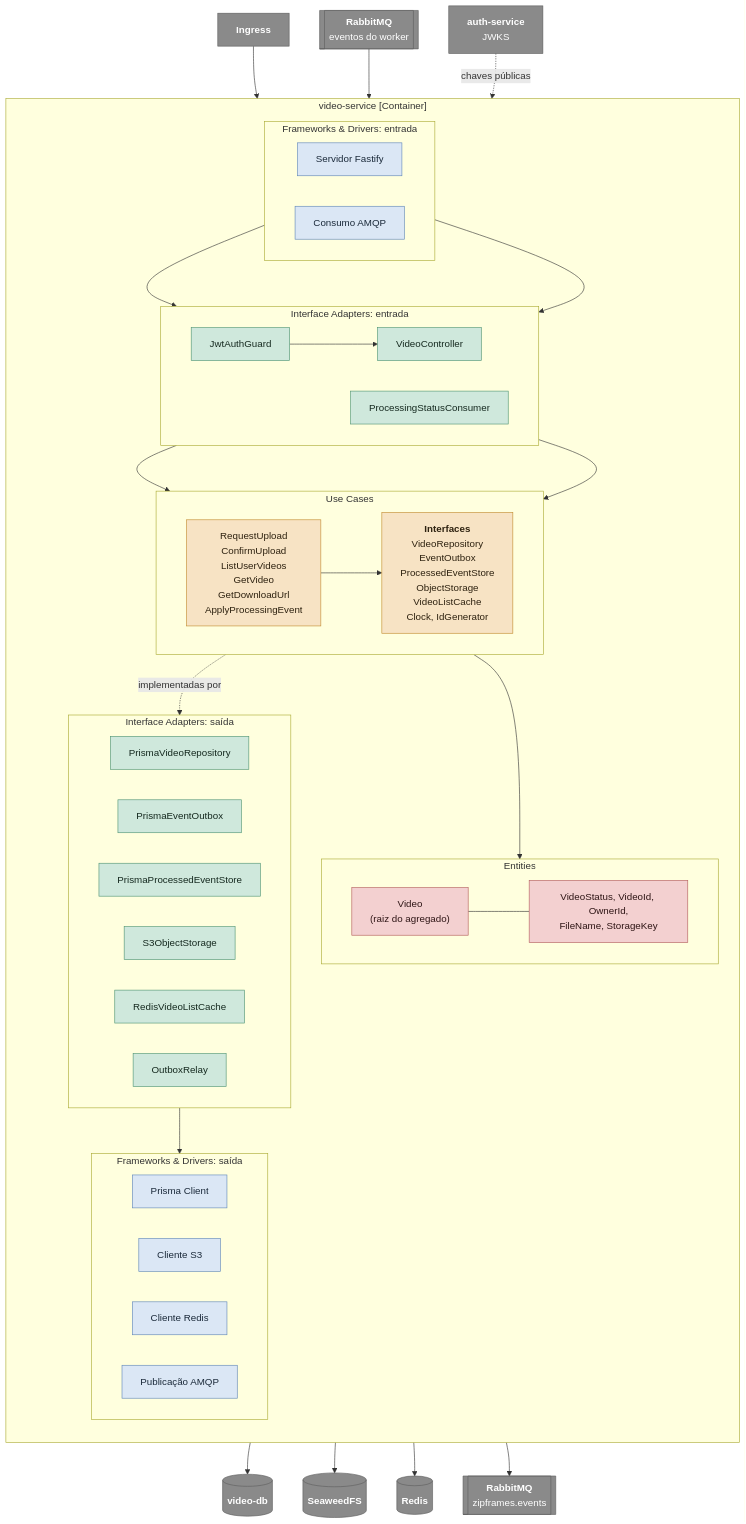
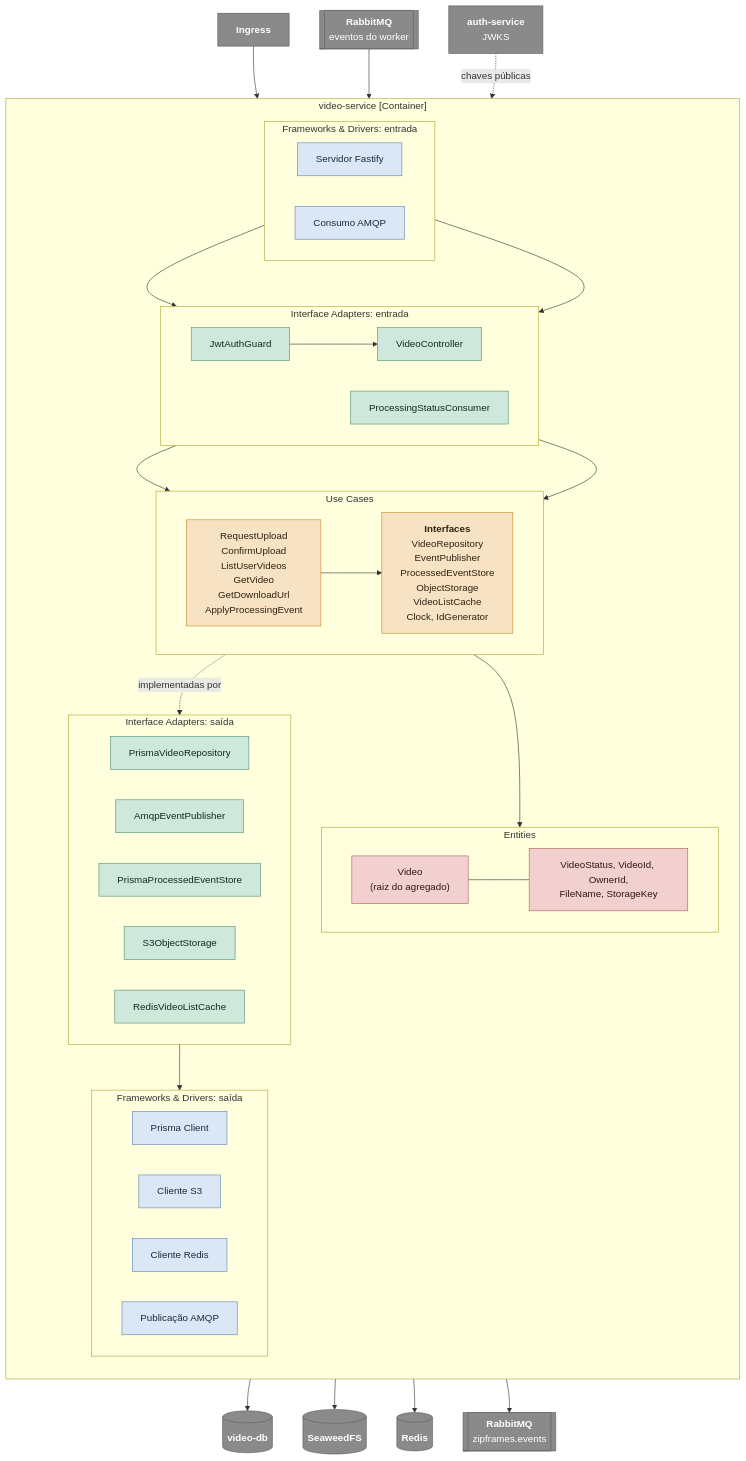
One commit to knzt/zipframes changed the diagram in docs/domain/c4/03-componentes-video-service.md. Above: the diagram before and after it, drawn with Mermaid. The commit also changed other lines of this file and 36 other files, not shown here.

````diff
--- a/docs/domain/c4/03-componentes-video-service.md
+++ b/docs/domain/c4/03-componentes-video-service.md
@@ -27,7 +27,7 @@
     subgraph app["Use Cases"]
       direction LR
       uc["RequestUpload<br/>ConfirmUpload<br/>ListUserVideos<br/>GetVideo<br/>GetDownloadUrl<br/>ApplyProcessingEvent"]
-      interfaces["<b>Interfaces</b><br/>VideoRepository<br/>EventOutbox<br/>ProcessedEventStore<br/>ObjectStorage<br/>VideoListCache<br/>Clock, IdGenerator"]
+      interfaces["<b>Interfaces</b><br/>VideoRepository<br/>EventPublisher<br/>ProcessedEventStore<br/>ObjectStorage<br/>VideoListCache<br/>Clock, IdGenerator"]
     end
 
     subgraph dom["Entities"]
@@ -39,11 +39,10 @@
     subgraph adout["Interface Adapters: saída"]
       direction LR
       repo["PrismaVideoRepository"]
-      outbox["PrismaEventOutbox"]
+      events["AmqpEventPublisher"]
       inbox["PrismaProcessedEventStore"]
       objstore["S3ObjectStorage"]
       listcache["RedisVideoListCache"]
-      relay["OutboxRelay"]
     end
 
     subgraph fwout["Frameworks & Drivers: saída"]
@@ -85,7 +84,7 @@
   classDef domc fill:#f3d0d0,stroke:#b35c5c,color:#2e1515
   class ingress,authsvc,brokerin,db,storage,cache,brokerout ext
   class fastify,amqpin,prismaclient,s3client,redisclient,amqpout fwc
-  class guard,ctrl,consumer,repo,outbox,inbox,objstore,listcache,relay adc
+  class guard,ctrl,consumer,repo,events,inbox,objstore,listcache adc
   class uc,interfaces appc
   class video,vos domc
 ```
````
